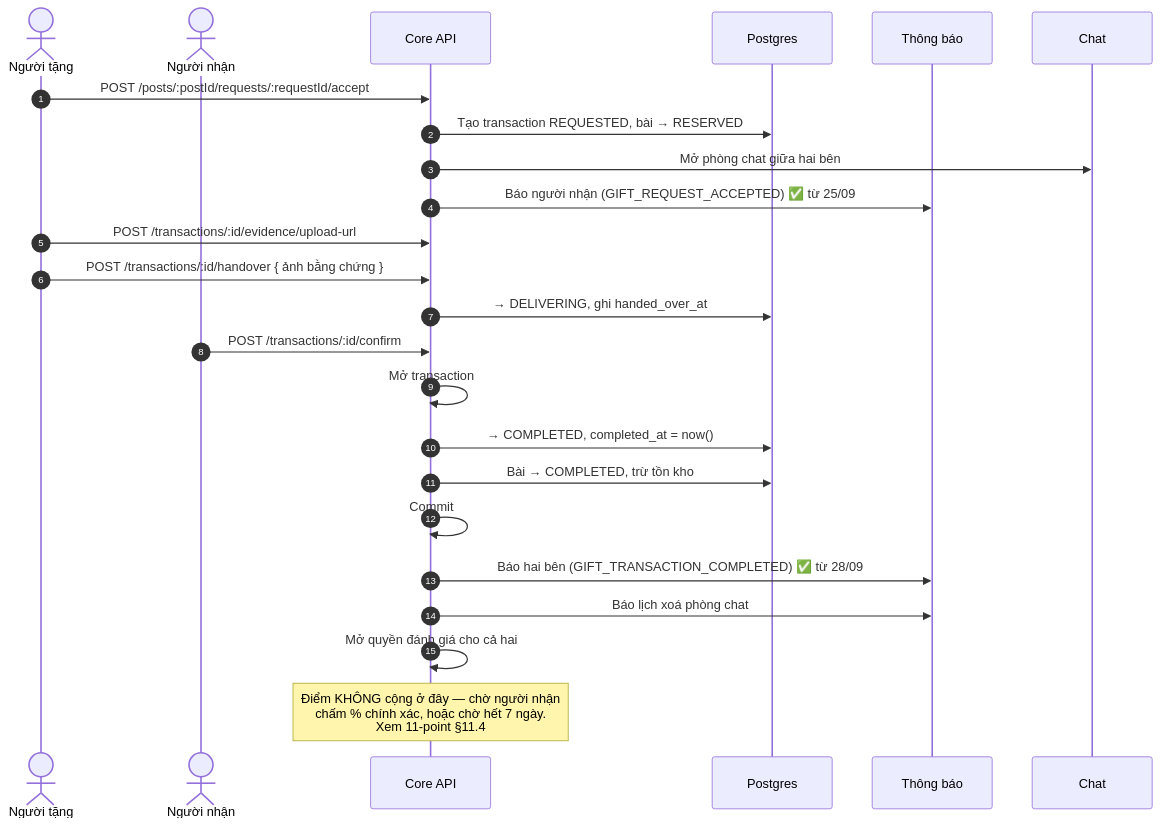
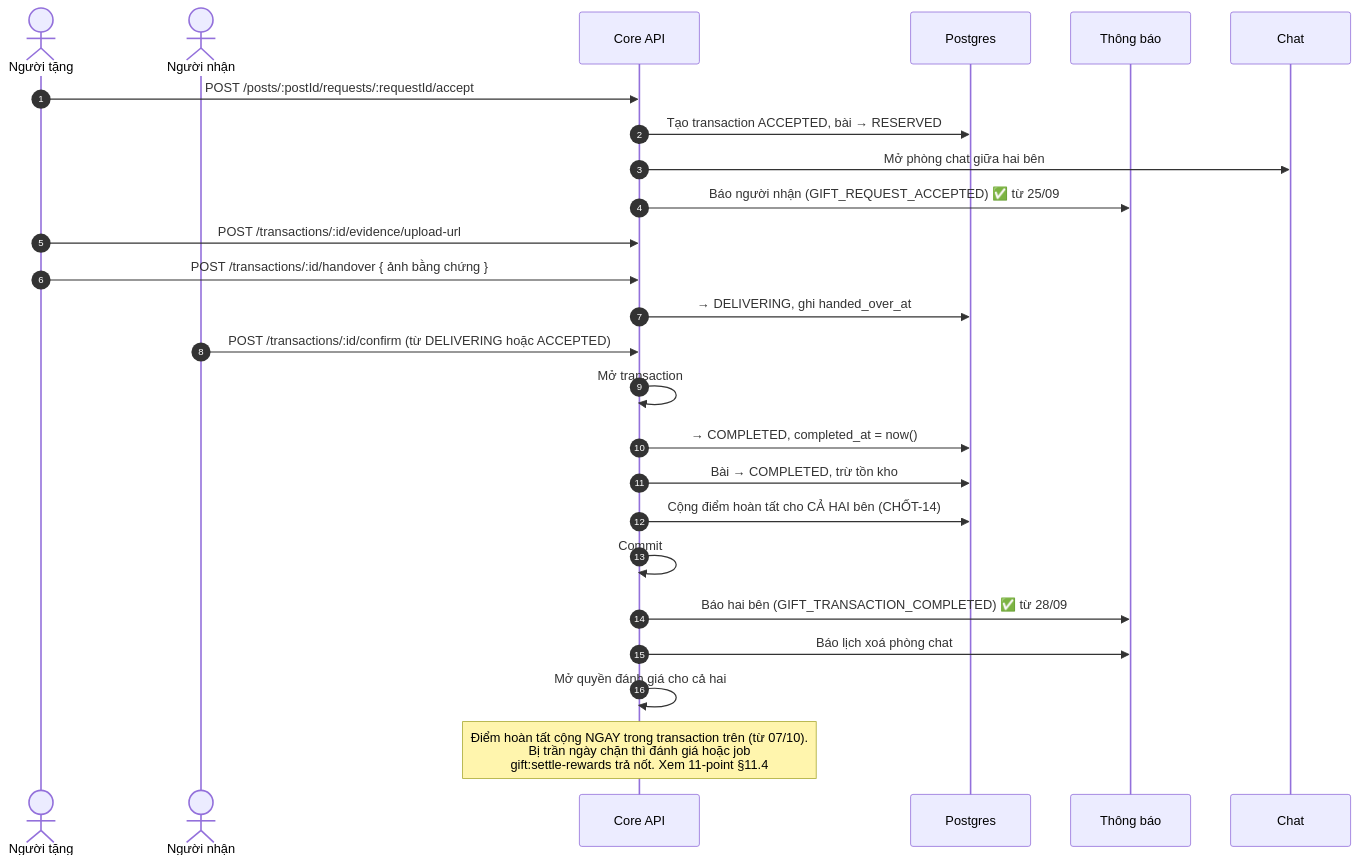
Before and after one commit to fdshn/trueheart: the second of 9 diagrams in docs/diagram/08-transaction.md, drawn with Mermaid. The commit also changed other lines of this file and 49 other files, not shown here.

````diff
--- a/docs/diagram/08-transaction.md
+++ b/docs/diagram/08-transaction.md
@@ -58,29 +64,30 @@
 ```mermaid
 sequenceDiagram
     autonumber
     actor G as Người tặng
     actor R as Người nhận
     participant API as Core API
     participant DB as Postgres
     participant N as Thông báo
     participant C as Chat
 
     G->>API: POST /posts/:postId/requests/:requestId/accept
-    API->>DB: Tạo transaction REQUESTED, bài → RESERVED
+    API->>DB: Tạo transaction ACCEPTED, bài → RESERVED
     API->>C: Mở phòng chat giữa hai bên
     API->>N: Báo người nhận (GIFT_REQUEST_ACCEPTED) ✅ từ 25/09
 
     G->>API: POST /transactions/:id/evidence/upload-url
     G->>API: POST /transactions/:id/handover { ảnh bằng chứng }
     API->>DB: → DELIVERING, ghi handed_over_at
 
-    R->>API: POST /transactions/:id/confirm
+    R->>API: POST /transactions/:id/confirm (từ DELIVERING hoặc ACCEPTED)
     API->>API: Mở transaction
     API->>DB: → COMPLETED, completed_at = now()
     API->>DB: Bài → COMPLETED, trừ tồn kho
+    API->>DB: Cộng điểm hoàn tất cho CẢ HAI bên (CHỐT-14)
     API->>API: Commit
     API->>N: Báo hai bên (GIFT_TRANSACTION_COMPLETED) ✅ từ 28/09
     API->>N: Báo lịch xoá phòng chat
     API->>API: Mở quyền đánh giá cho cả hai
-    Note over API: Điểm KHÔNG cộng ở đây — chờ người nhận<br/>chấm % chính xác, hoặc chờ hết 7 ngày.<br/>Xem 11-point §11.4
+    Note over API: Điểm hoàn tất cộng NGAY trong transaction trên (từ 07/10).<br/>Bị trần ngày chặn thì đánh giá hoặc job<br/>gift:settle-rewards trả nốt. Xem 11-point §11.4
 ```
````
